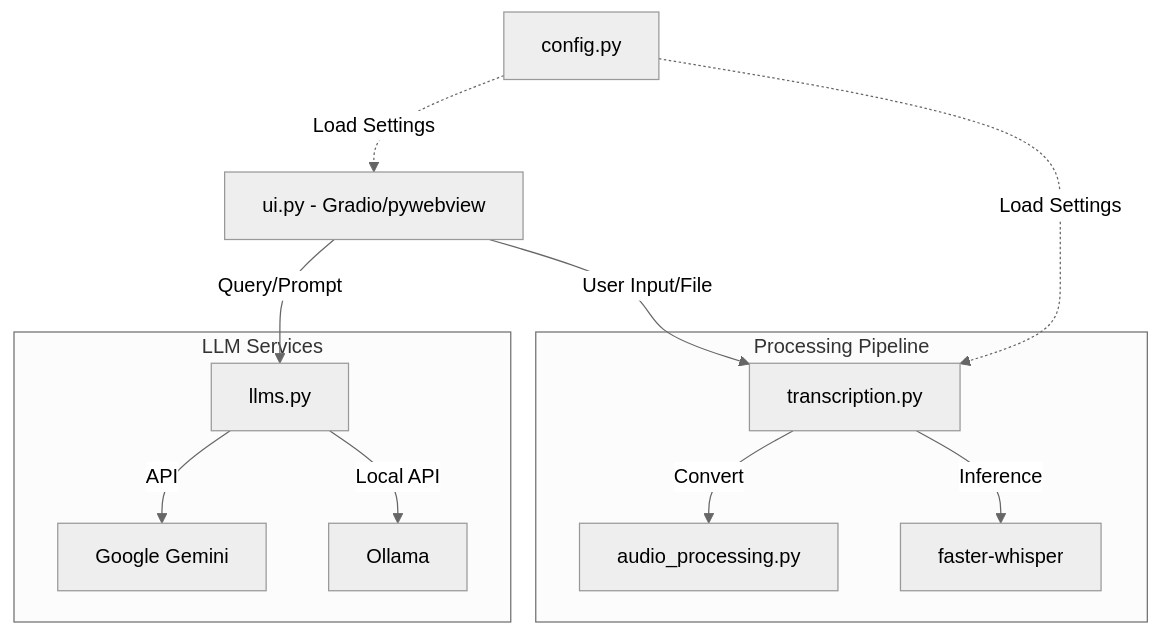
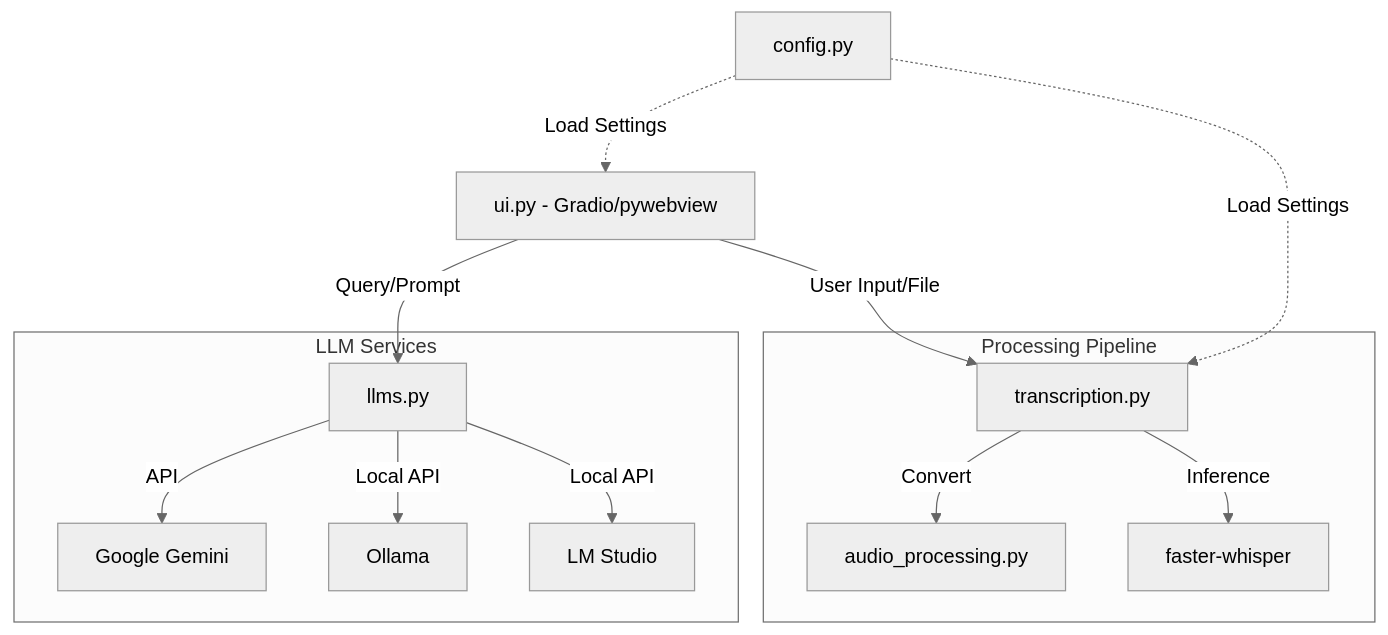
The diagram in docs/01-overview.md (CorsiDanilo/Whisper-Audio-Video-Transcription-App), drawn with Mermaid (neutral theme) before and after one commit. The commit also changed other lines of this file and 2 other files, not shown here.

Commit message:
feat: Introduce LM Studio integration and add new documentation for LLM features and project overview.

````diff
--- a/docs/01-overview.md
+++ b/docs/01-overview.md
@@ -34,18 +34,19 @@
 ```mermaid
 graph TD
     UI[ui.py - Gradio/pywebview] -->|User Input/File| Trans[transcription.py]
     UI -->|Query/Prompt| LLM[llms.py]
     
     subgraph "Processing Pipeline"
         Trans -->|Convert| Audio[audio_processing.py]
         Trans -->|Inference| Whisper[faster-whisper]
     end
     
     subgraph "LLM Services"
         LLM -->|API| Gemini[Google Gemini]
         LLM -->|Local API| Ollama[Ollama]
+        LLM -->|Local API| LMStudio[LM Studio]
     end
     
     Config[config.py] -.->|Load Settings| UI
     Config -.->|Load Settings| Trans
 ```
````
